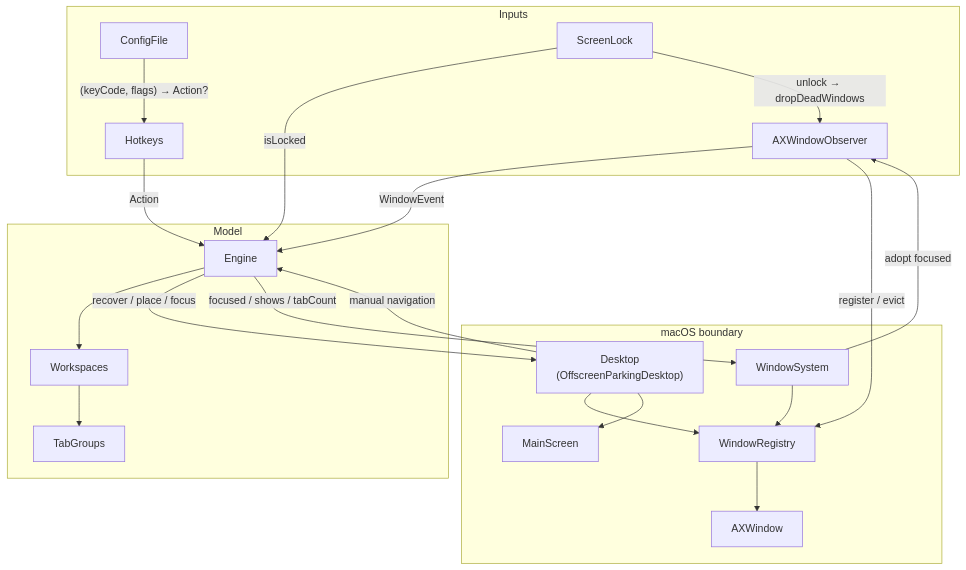
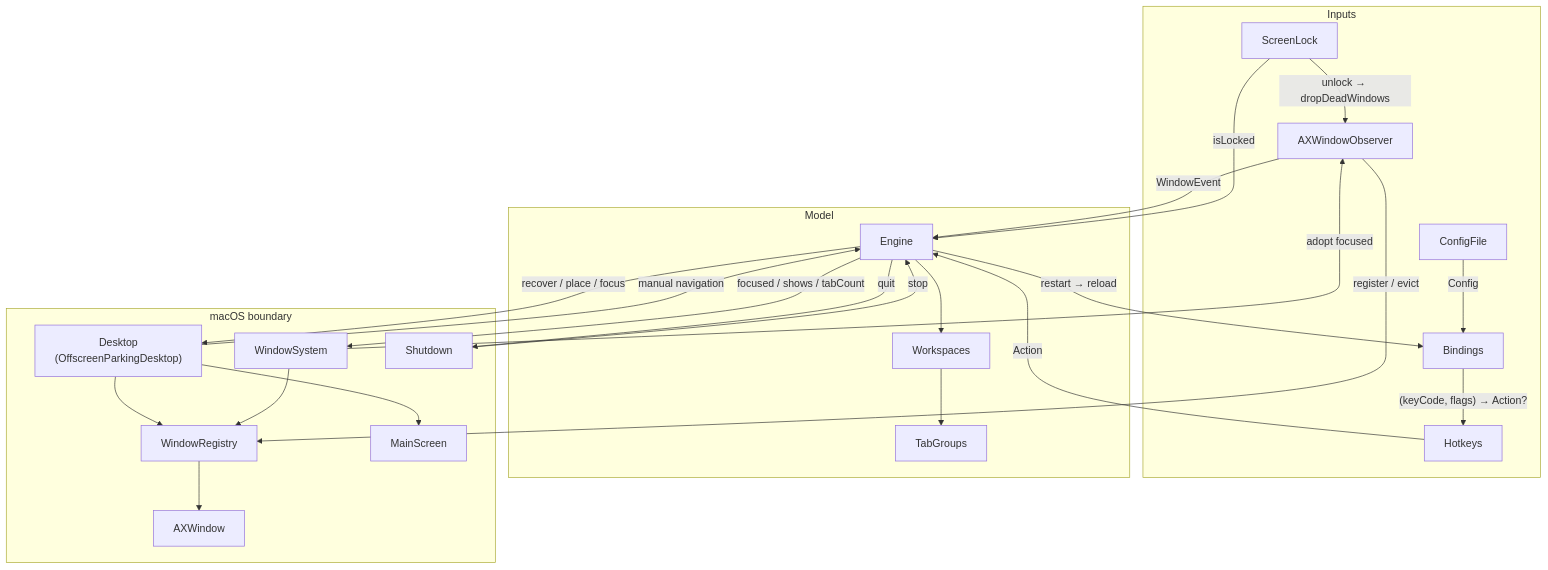
One commit to brennovich/ottowm changed the first of 4 diagrams in ARCHITECTURE.md. Above: the diagram before and after it, drawn with Mermaid. The commit also changed other lines of this file and 5 other files, not shown here.

First line of the commit message:
Extract bindings and shutdown from AppDelegate

````diff
--- a/ARCHITECTURE.md
+++ b/ARCHITECTURE.md
@@ -23,40 +23,46 @@
 ```mermaid
 flowchart TB
     subgraph inputs[Inputs]
         AXWindowObserver
         Hotkeys
+        Bindings
         ConfigFile
         ScreenLock
     end
 
     subgraph model[Model]
         Engine
         Workspaces
         TabGroups
     end
 
     subgraph os[macOS boundary]
         Desktop["Desktop<br/>(OffscreenParkingDesktop)"]
         WindowSystem
         WindowRegistry
         AXWindow
         MainScreen
+        Shutdown
     end
 
     AXWindowObserver -->|WindowEvent| Engine
-    ConfigFile -->|"(keyCode, flags) → Action?"| Hotkeys
+    ConfigFile -->|Config| Bindings
+    Bindings -->|"(keyCode, flags) → Action?"| Hotkeys
     Hotkeys -->|Action| Engine
+    Engine -->|restart → reload| Bindings
+    Engine -->|quit| Shutdown
+    Shutdown -->|stop| Engine
     ScreenLock -->|isLocked| Engine
     ScreenLock -->|unlock → dropDeadWindows| AXWindowObserver
     Engine --> Workspaces
     Workspaces --> TabGroups
     Engine -->|recover / place / focus| Desktop
     Engine -->|focused / shows / tabCount| WindowSystem
     Desktop -->|manual navigation| Engine
     AXWindowObserver -->|register / evict| WindowRegistry
     Desktop --> WindowRegistry
     Desktop --> MainScreen
     WindowSystem --> WindowRegistry
     WindowSystem -->|adopt focused| AXWindowObserver
     WindowRegistry --> AXWindow
 ```
````
